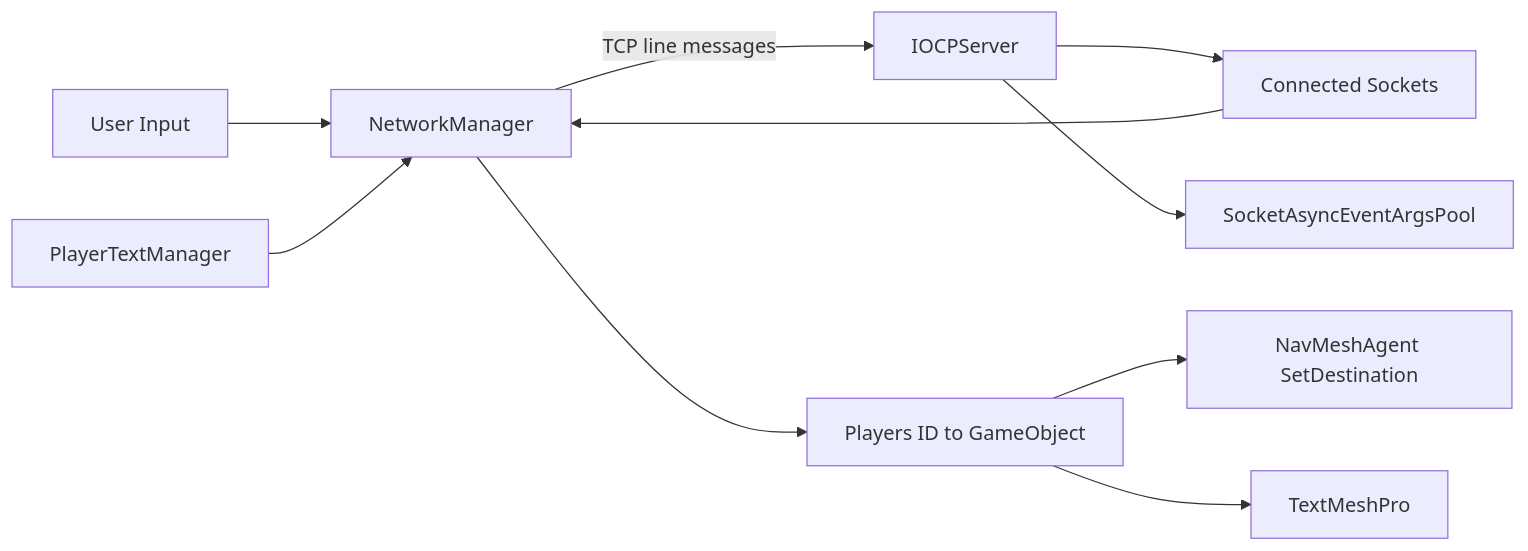
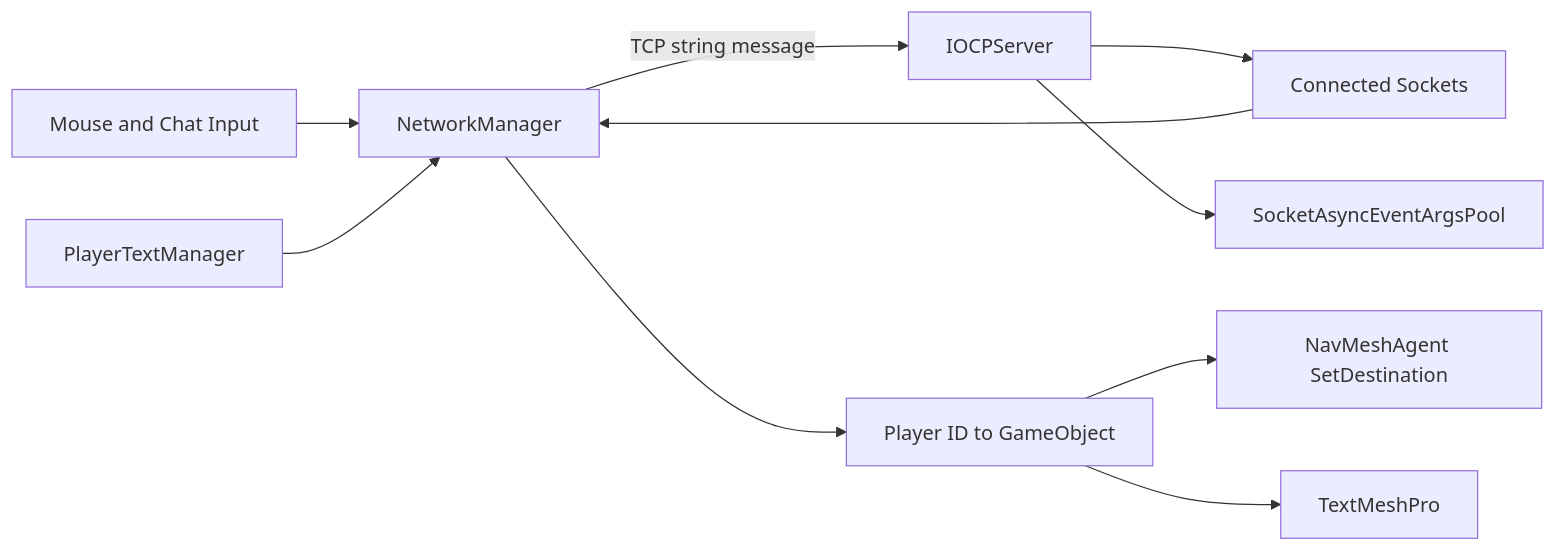
One commit to DuckBaee/IOCP-Destination-Sync-Code changed the first of 2 diagrams in Docs/Architecture.md. Above: the diagram before and after it, drawn with Mermaid. The commit also changed other lines of this file and 5 other files, not shown here.

````diff
--- a/Docs/Architecture.md
+++ b/Docs/Architecture.md
@@ -18,12 +24,12 @@
 ```mermaid
 flowchart LR
-    user[User Input] --> client[NetworkManager]
-    chat[PlayerTextManager] --> client
-    client -->|TCP line messages| server[IOCPServer]
-    server --> clients[Connected Sockets]
-    clients --> client
-    client --> registry[Players ID to GameObject]
-    registry --> nav[NavMeshAgent SetDestination]
-    registry --> text[TextMeshPro]
+    user[Mouse and Chat Input] --> client[NetworkManager]
+    ui[PlayerTextManager] --> client
+    client -->|TCP string message| server[IOCPServer]
+    server --> sockets[Connected Sockets]
+    sockets --> client
+    client --> players[Player ID to GameObject]
+    players --> nav[NavMeshAgent SetDestination]
+    players --> text[TextMeshPro]
     server --> pool[SocketAsyncEventArgsPool]
 ```
````
